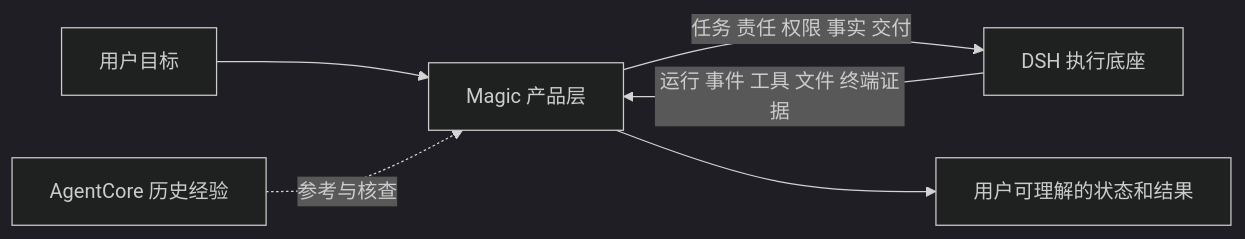
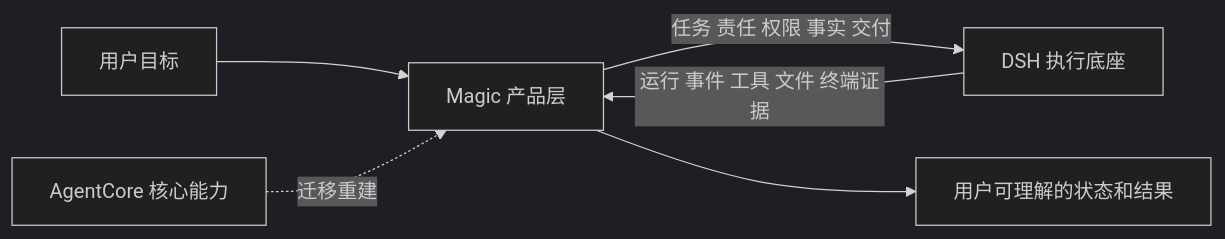
Before and after one commit to liu629711-spec/Magic: the third of 5 diagrams in docs/01-产品/PRD-01-Magic产品总览.md, drawn with Mermaid (dark theme). The commit also changed other lines of this file and 106 other files, not shown here.

````diff
--- a/docs/01-产品/PRD-01-Magic产品总览.md
+++ b/docs/01-产品/PRD-01-Magic产品总览.md
@@ -116,8 +121,8 @@
 ```mermaid
 flowchart LR
   U[用户目标] --> M[Magic 产品层]
   M -->|任务 责任 权限 事实 交付| O[DSH 执行底座]
   O -->|运行 事件 工具 文件 终端证据| M
-  A[AgentCore 历史经验] -.参考与核查.-> M
+  A[AgentCore 核心能力] -.迁移重建.-> M
   M --> R[用户可理解的状态和结果]
 ```
````
